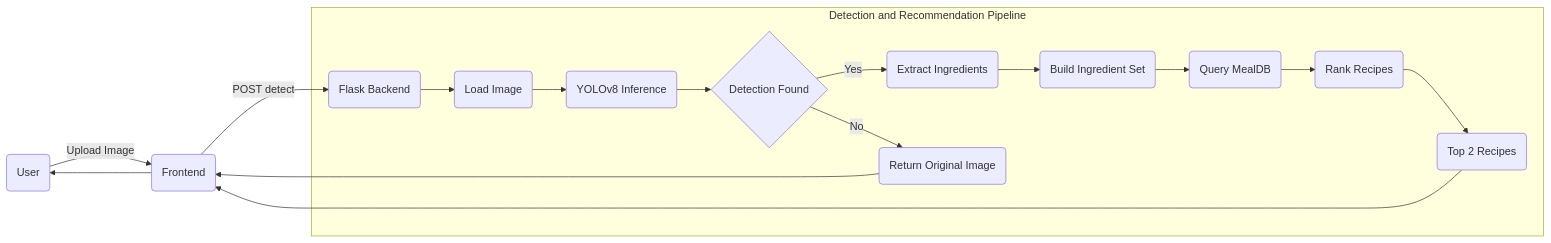
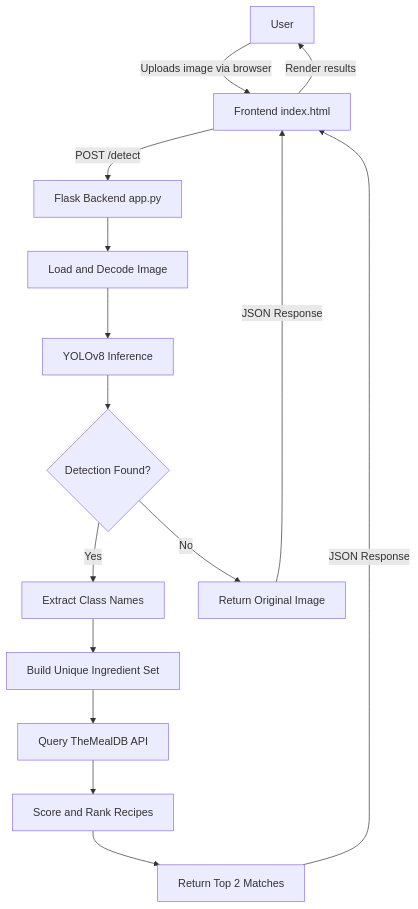
Before and after one commit to siddhivlad/VeggieSense: the first of 4 diagrams in README.md, drawn with Mermaid. The commit also changed other lines of this file, not shown here.

````diff
--- a/README.md
+++ b/README.md
@@ -72,36 +71,17 @@
 ```mermaid
-flowchart LR
-
-    U(User)
-    F(Frontend)
-    B(Flask Backend)
-
-    U -->|Upload Image| F
-    F -->|POST detect| B
-
-    subgraph Detection and Recommendation Pipeline
-        D(Load Image)
-        Y(YOLOv8 Inference)
-        C{Detection Found}
-        X(Extract Ingredients)
-        O(Return Original Image)
-        S(Build Ingredient Set)
-        A(Query MealDB)
-        R(Rank Recipes)
-        T(Top 2 Recipes)
-
-        B --> D
-        D --> Y
-        Y --> C
-        C -->|Yes| X
-        C -->|No| O
-        X --> S
-        S --> A
-        A --> R
-        R --> T
-    end
-
-    T --> F
-    O --> F
-    F --> U
+graph TD
+    A[User] -->|Uploads image via browser| B[Frontend index.html]
+    B -->|POST /detect| C[Flask Backend app.py]
+    C --> D[Load and Decode Image]
+    D --> E[YOLOv8 Inference]
+    E --> F{Detection Found?}
+    F -->|Yes| G[Extract Class Names]
+    F -->|No| H[Return Original Image]
+    G --> I[Build Unique Ingredient Set]
+    I --> J[Query TheMealDB API]
+    J --> K[Score and Rank Recipes]
+    K --> L[Return Top 2 Matches]
+    L -->|JSON Response| B
+    H -->|JSON Response| B
+    B -->|Render results| A
 ```
````
